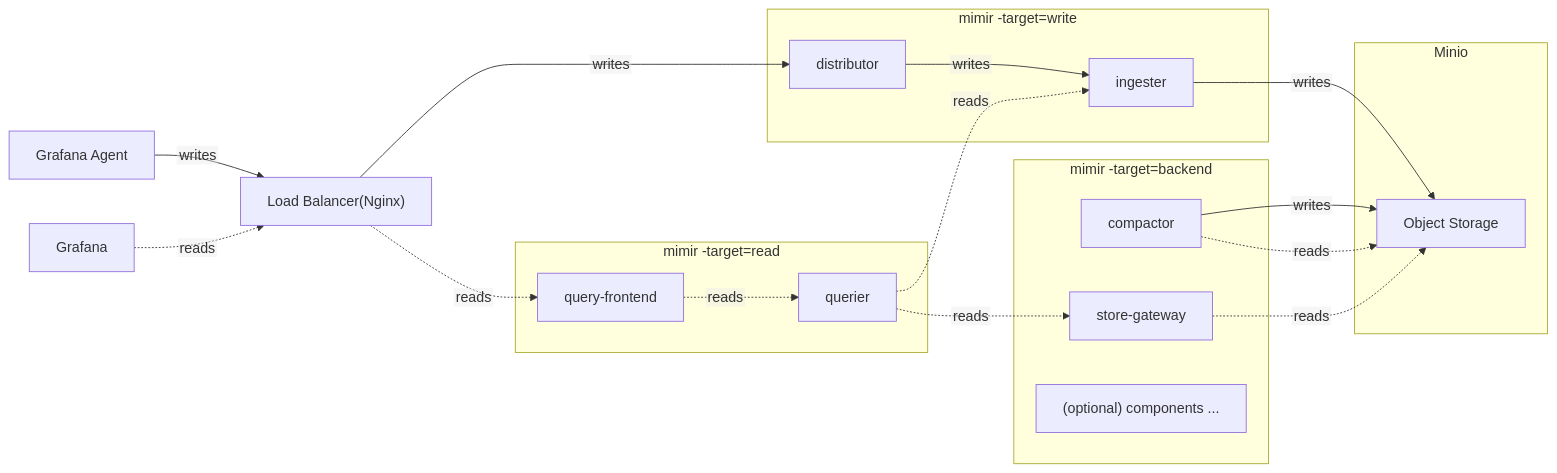
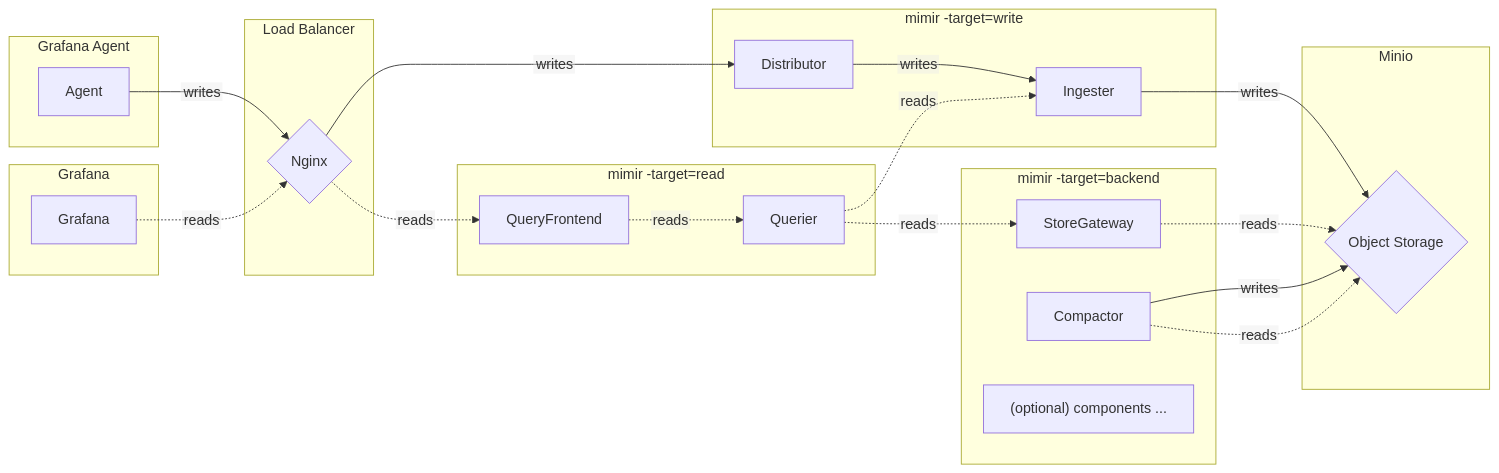
One commit to qclaogui/codelab-monitoring changed the diagram in docker-compose/read-write-mode/metrics/README.md. Above: the diagram before and after it, drawn with Mermaid. The commit also changed other lines of this file and 4 other files, not shown here.

Commit message:
Refactor flowchart code

````diff
--- a/docker-compose/read-write-mode/metrics/README.md
+++ b/docker-compose/read-write-mode/metrics/README.md
@@ -27,34 +27,40 @@
 ```mermaid
 %%{init: {"flowchart": {"htmlLabels": false}} }%%
 flowchart LR
-    Agent["Grafana Agent"] --> | writes | GateWay["Load Balancer(Nginx)"]
-    Grafana                -.-> | reads | GateWay
+    Agent   --> |writes| Nginx --> |writes| Distributor   --> |writes| Ingester -->|writes| ObjectStorage
+    Grafana -.->|reads | Nginx -.->|reads | QueryFrontend -.->|reads | Querier -.->|reads | StoreGateway -.->|reads| ObjectStorage
 
-    GateWay -->  | writes| Distributor
-    GateWay -.-> | reads | QueryFrontend
+    subgraph Minio
+        ObjectStorage{"Object Storage"}
+    end
+
+    subgraph GrafanaAgent["Grafana Agent"]
+        Agent
+    end
+
+    subgraph GFGraph["Grafana"]
+        Grafana
+    end
+
+    subgraph GateWay["Load Balancer"]
+        Nginx{"Nginx"}
+    end
 
     subgraph MimirWrite["mimir -target=write"]
-        Distributor["distributor"] --> | writes | Ingester["ingester"]
-    end
-
-    subgraph MimirRead["mimir -target=read"]
-        QueryFrontend["query-frontend"] -.-> | reads | Querier["querier"]
+        Ingester
+        Distributor
     end
 
     subgraph MimirBackend["mimir -target=backend"]
-        StoreGateway["store-gateway"]
-        Compactor["compactor"]
+        StoreGateway
+        Compactor --> |writes| ObjectStorage
+        Compactor -.->|reads | ObjectStorage
 
         Optional["`(optional) components ...`"]
     end
 
-    subgraph Minio
-        ObjectStorage["Object Storage"]
+    subgraph MimirRead["mimir -target=read"]
+        Querier -.->|reads| Ingester
+        QueryFrontend
     end
-
-    Ingester & Compactor --> | writes | ObjectStorage
-
-    Querier                  -.-> | reads | Ingester & StoreGateway
-    Compactor & StoreGateway -.-> | reads | ObjectStorage
-    
 ```
````
